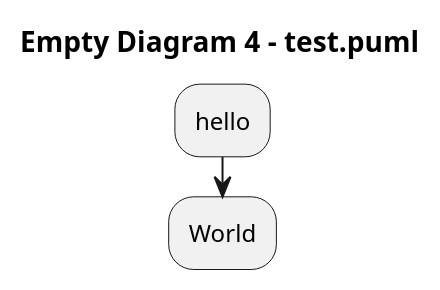
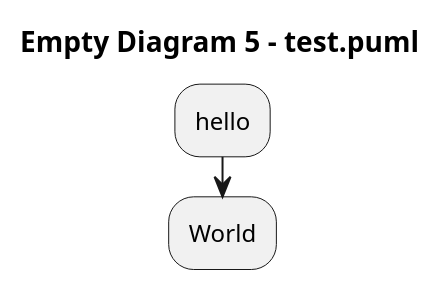
The diagram in test.puml (arwenvaughan/test1), drawn with PlantUML before and after one commit.

Commit message:
PlantText Commit: Just another edit.

```diff
--- a/test.puml
+++ b/test.puml
@@ -1,7 +1,7 @@
 @startuml
 
-title Empty Diagram 4 - test.puml
+title Empty Diagram 5 - test.puml
 :hello;
 :World;
 
 @enduml
```
